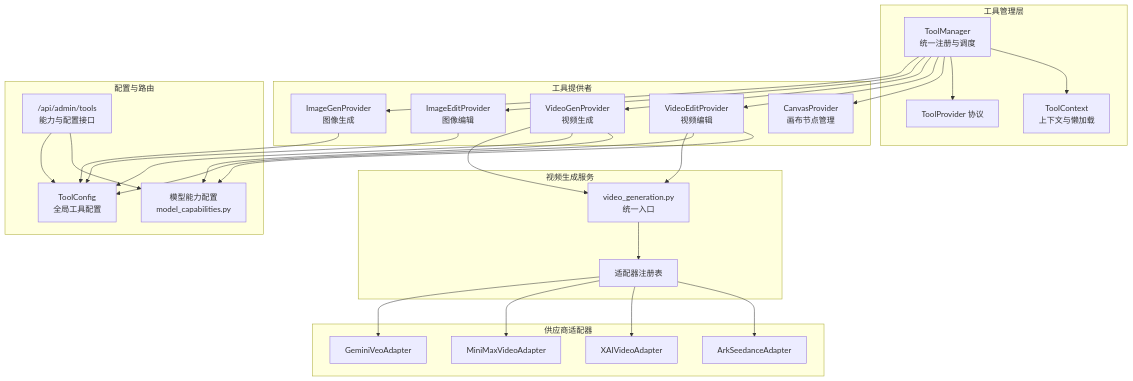
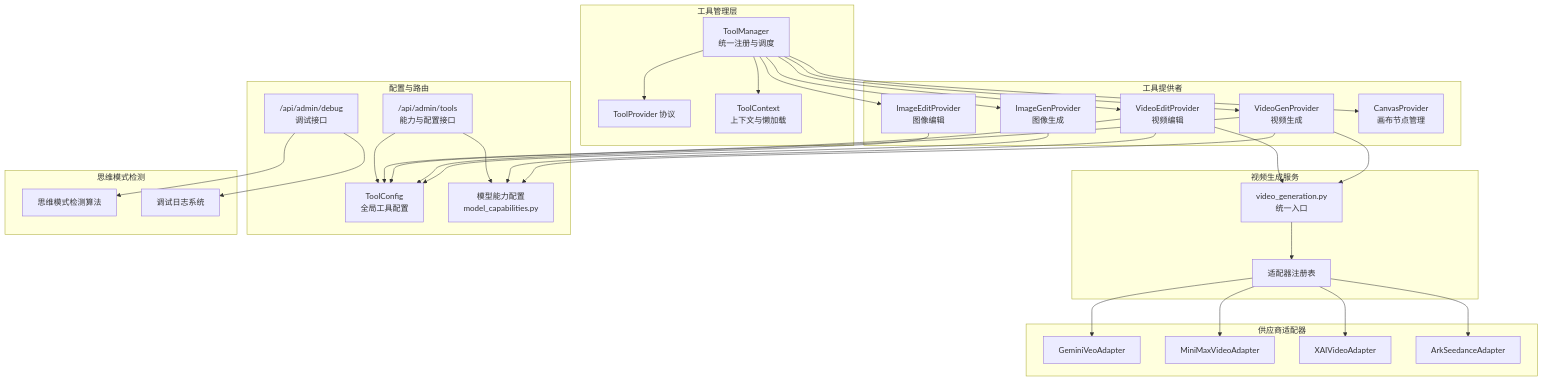
The first of 13 diagrams in .qoder/repowiki/zh/content/AI服务集成/AI服务集成.md (KunLabAI/KunFlix), drawn with Mermaid before and after one commit. The commit also changed other lines of this file and 78 other files, not shown here.

````diff
--- a/.qoder/repowiki/zh/content/AI服务集成/AI服务集成.md
+++ b/.qoder/repowiki/zh/content/AI服务集成/AI服务集成.md
@@ -51,52 +65,59 @@
 ```mermaid
 graph TB
 subgraph "工具管理层"
 TM["ToolManager<br/>统一注册与调度"]
 TP["ToolProvider 协议"]
 CTX["ToolContext<br/>上下文与懒加载"]
 end
 subgraph "工具提供者"
 IG["ImageGenProvider<br/>图像生成"]
 IE["ImageEditProvider<br/>图像编辑"]
 VG["VideoGenProvider<br/>视频生成"]
 VE["VideoEditProvider<br/>视频编辑"]
 CP["CanvasProvider<br/>画布节点管理"]
 end
 subgraph "视频生成服务"
 VGEN["video_generation.py<br/>统一入口"]
 REG["适配器注册表"]
 end
 subgraph "供应商适配器"
 GEM["GeminiVeoAdapter"]
 MINIMAX["MiniMaxVideoAdapter"]
 XAI["XAIVideoAdapter"]
 ARK["ArkSeedanceAdapter"]
 end
 subgraph "配置与路由"
 CFG["ToolConfig<br/>全局工具配置"]
 CAP["模型能力配置<br/>model_capabilities.py"]
 ROUTE["/api/admin/tools<br/>能力与配置接口"]
+DEBUG["/api/admin/debug<br/>调试接口"]
+end
+subgraph "思维模式检测"
+THINK["思维模式检测算法"]
+DEBUGLOG["调试日志系统"]
 end
 TM --> IG
 TM --> IE
 TM --> VG
 TM --> VE
 TM --> CP
 TM --> TP
 TM --> CTX
 VG --> VGEN
 VE --> VGEN
 VGEN --> REG
 REG --> GEM
 REG --> MINIMAX
 REG --> XAI
 REG --> ARK
 IG --> CFG
 IE --> CFG
 VG --> CFG
 VE --> CFG
 VG --> CAP
 VE --> CAP
 ROUTE --> CFG
 ROUTE --> CAP
+DEBUG --> THINK
+DEBUG --> DEBUGLOG
 ```
````
